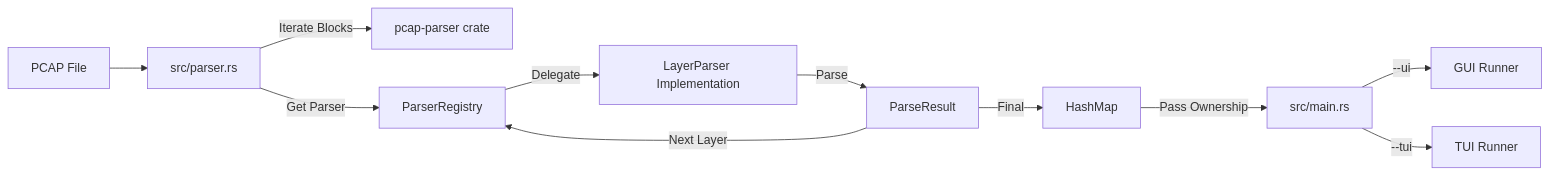
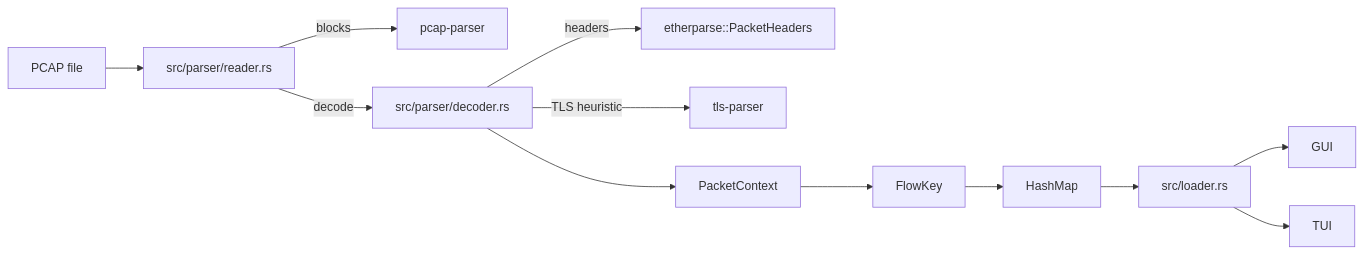
Before and after one commit to ehaughee/wirecrab: the second of 3 diagrams in architecture.md, drawn with Mermaid. The commit also changed other lines of this file and 12 other files, not shown here.

Commit message:
maint(parser): Use etherparse for more parsing and remove layers pattern

````diff
--- a/architecture.md
+++ b/architecture.md
@@ -77,13 +78,14 @@
 ```mermaid
 flowchart LR
-    PCAP[PCAP File] --> Parser[src/parser.rs]
-    Parser -->|Iterate Blocks| PcapParser[pcap-parser crate]
-    Parser -->|Get Parser| Registry[ParserRegistry]
-    Registry -->|Delegate| Layer[LayerParser Implementation]
-    Layer -->|Parse| Result[ParseResult]
-    Result -->|Next Layer| Registry
-    Result -->|Final| Flows[HashMap<FlowKey, Flow>]
-    Flows -->|Pass Ownership| Main[src/main.rs]
-    Main -->|--ui| GUI[GUI Runner]
-    Main -->|--tui| TUI[TUI Runner]
+    PCAP[PCAP file] --> Reader[src/parser/reader.rs]
+    Reader -->|blocks| PcapNG[pcap-parser]
+    Reader -->|decode| Decoder[src/parser/decoder.rs]
+    Decoder -->|headers| PacketHeaders[etherparse::PacketHeaders]
+    Decoder -->|TLS heuristic| TLS[tls-parser]
+    Decoder --> Context[PacketContext]
+    Context --> FlowKey
+    FlowKey --> Flows[HashMap<FlowKey,Flow>]
+    Flows --> Loader[src/loader.rs]
+    Loader --> GUI[GUI]
+    Loader --> TUI[TUI]
 ```
````
